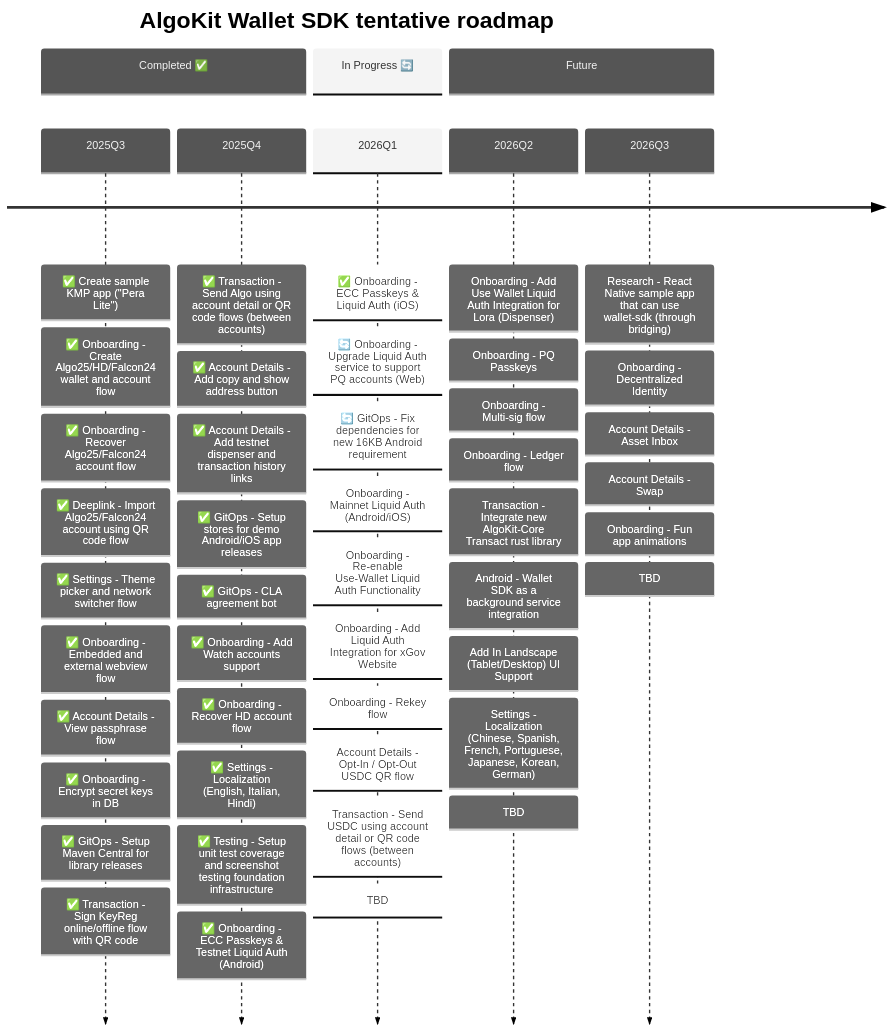
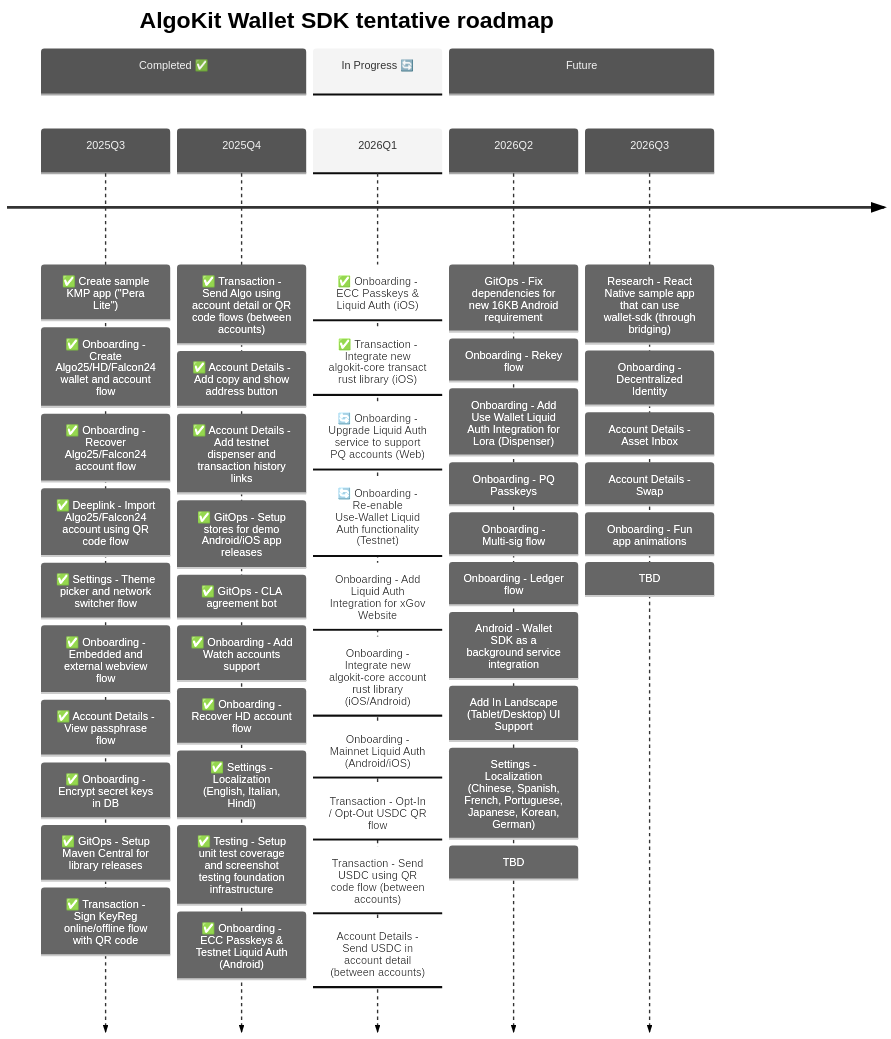
One commit to michaeltchuangllc/algokit-walletsdk-kmp changed the second of 3 diagrams in README.md. Above: the diagram before and after it, drawn with Mermaid. The commit also changed other lines of this file, not shown here.

Commit message:
docs: update roadmap (feb 2026)

````diff
--- a/README.md
+++ b/README.md
@@ -67,62 +67,62 @@
 ```mermaid
 ---
 config:
   theme: 'neutral'
 ---
 timeline
     title AlgoKit Wallet SDK tentative roadmap
 
     section Completed ✅
     2025Q3  : ✅ Create sample KMP app ("Pera Lite")
             : ✅ Onboarding - Create Algo25/HD/Falcon24 wallet and account flow
             : ✅ Onboarding - Recover Algo25/Falcon24 account flow
             : ✅ Deeplink - Import Algo25/Falcon24 account using QR code flow
             : ✅ Settings - Theme picker and network switcher flow
             : ✅ Onboarding - Embedded and external webview flow
             : ✅ Account Details - View passphrase flow
             : ✅ Onboarding - Encrypt secret keys in DB
             : ✅ GitOps - Setup Maven Central for library releases
             : ✅ Transaction - Sign KeyReg online/offline flow with QR code
 
     2025Q4  : ✅ Transaction - Send Algo using account detail or QR code flows (between accounts)
             : ✅ Account Details - Add copy and show address button
             : ✅ Account Details - Add testnet dispenser and transaction history links
             : ✅ GitOps - Setup stores for demo Android/iOS app releases
             : ✅ GitOps - CLA agreement bot
             : ✅ Onboarding - Add Watch accounts support
             : ✅ Onboarding - Recover HD account flow
             : ✅ Settings - Localization (English, Italian, Hindi)
             : ✅ Testing - Setup unit test coverage and screenshot testing foundation infrastructure
             : ✅ Onboarding - ECC Passkeys & Testnet Liquid Auth (Android)
 
     section In Progress 🔄
     2026Q1  : ✅ Onboarding - ECC Passkeys & Liquid Auth (iOS)
+            : ✅ Transaction - Integrate new algokit-core transact rust library (iOS)
             : 🔄 Onboarding - Upgrade Liquid Auth service to support PQ accounts (Web)
-            : 🔄 GitOps - Fix dependencies for new 16KB Android requirement
+            : 🔄 Onboarding - Re-enable Use-Wallet Liquid Auth functionality (Testnet)
+            : Onboarding - Add Liquid Auth Integration for xGov Website
+            : Onboarding - Integrate new algokit-core account rust library (iOS/Android)
             : Onboarding - Mainnet Liquid Auth (Android/iOS)
-            : Onboarding - Re-enable Use-Wallet Liquid Auth Functionality
-            : Onboarding - Add Liquid Auth Integration for xGov Website
-            : Onboarding - Rekey flow
-            : Account Details - Opt-In / Opt-Out USDC QR flow
-            : Transaction - Send USDC using account detail or QR code flows (between accounts)
-            : TBD
+            : Transaction - Opt-In / Opt-Out USDC QR flow
+            : Transaction - Send USDC using QR code flow (between accounts)
+            : Account Details - Send USDC in account detail (between accounts)
 
     section Future
-    2026Q2   
+    2026Q2  : GitOps - Fix dependencies for new 16KB Android requirement
+            : Onboarding - Rekey flow
             : Onboarding - Add Use Wallet Liquid Auth Integration for Lora (Dispenser)
             : Onboarding - PQ Passkeys
             : Onboarding - Multi-sig flow
             : Onboarding - Ledger flow
-            : Transaction - Integrate new AlgoKit-Core Transact rust library
             : Android - Wallet SDK as a background service integration
             : Add In Landscape (Tablet/Desktop) UI Support
             : Settings - Localization (Chinese, Spanish, French, Portuguese, Japanese, Korean, German)
             : TBD
     2026Q3
             : Research - React Native sample app that can use wallet-sdk (through bridging)
             : Onboarding - Decentralized Identity
             : Account Details - Asset Inbox
             : Account Details - Swap
             : Onboarding - Fun app animations
             : TBD
 ```
````
